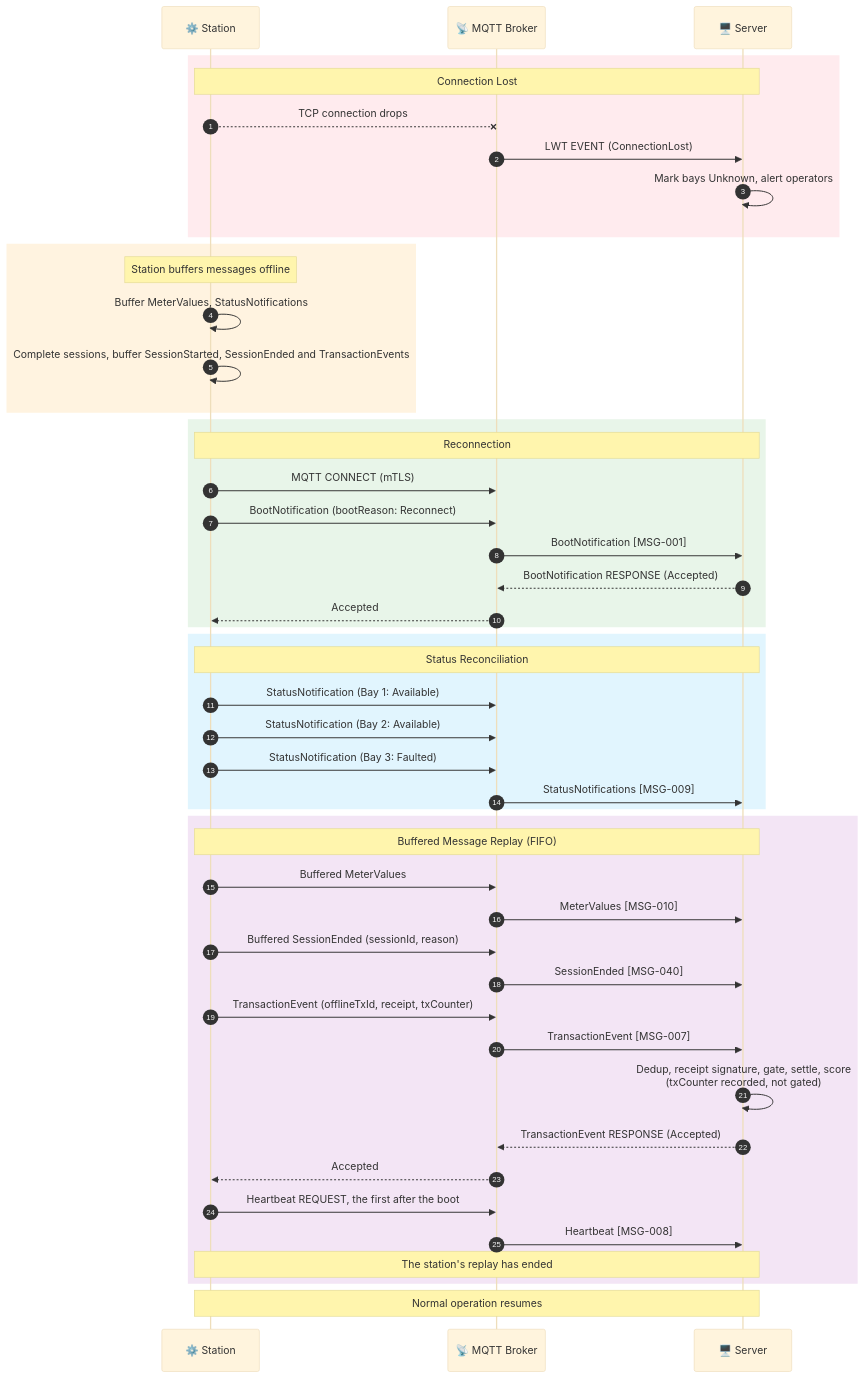
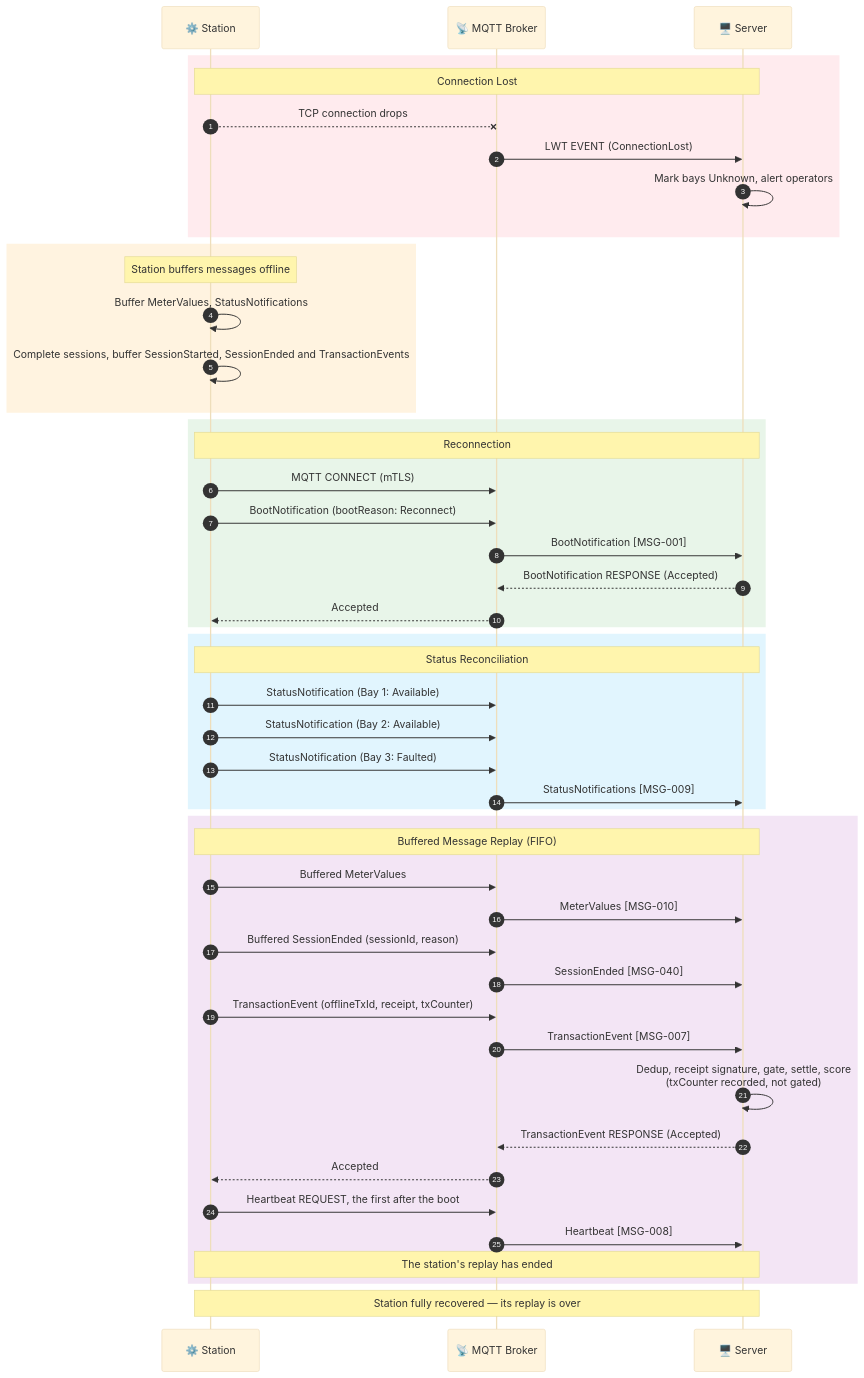
One commit to ospp-org/spec changed the seventh of 7 diagrams in diagrams/README.md. Above: the diagram before and after it, drawn with Mermaid (base theme). The commit also changed 7 other files, not shown here.

First line of the commit message:
spec, guides, diagrams: the review of the replay window and the restart reckoning - the reckoning counts the latest boot that kept the session at which the station restarted, and the consolidated timeout table carries the replay window

````diff
--- a/diagrams/README.md
+++ b/diagrams/README.md
@@ -307,56 +307,56 @@
 ```mermaid
 sequenceDiagram
     autonumber
 
     participant Station as ⚙️ Station
     participant Broker as 📡 MQTT Broker
     participant Server as 🖥️ Server
 
     rect rgb(255, 235, 238)
         Note over Station,Server: Connection Lost
         Station--xBroker: TCP connection drops
         Broker->>Server: LWT EVENT (ConnectionLost)
         Server->>Server: Mark bays Unknown, alert operators
     end
 
     rect rgb(255, 243, 224)
         Note over Station: Station buffers messages offline
         Station->>Station: Buffer MeterValues, StatusNotifications
         Station->>Station: Complete sessions, buffer SessionStarted, SessionEnded and TransactionEvents
     end
 
     rect rgb(232, 245, 233)
         Note over Station,Server: Reconnection
         Station->>Broker: MQTT CONNECT (mTLS)
         Station->>Broker: BootNotification (bootReason: Reconnect)
         Broker->>Server: BootNotification [MSG-001]
         Server-->>Broker: BootNotification RESPONSE (Accepted)
         Broker-->>Station: Accepted
     end
 
     rect rgb(225, 245, 254)
         Note over Station,Server: Status Reconciliation
         Station->>Broker: StatusNotification (Bay 1: Available)
         Station->>Broker: StatusNotification (Bay 2: Available)
         Station->>Broker: StatusNotification (Bay 3: Faulted)
         Broker->>Server: StatusNotifications [MSG-009]
     end
 
     rect rgb(243, 229, 245)
         Note over Station,Server: Buffered Message Replay (FIFO)
         Station->>Broker: Buffered MeterValues
         Broker->>Server: MeterValues [MSG-010]
         Station->>Broker: Buffered SessionEnded (sessionId, reason)
         Broker->>Server: SessionEnded [MSG-040]
         Station->>Broker: TransactionEvent (offlineTxId, receipt, txCounter)
         Broker->>Server: TransactionEvent [MSG-007]
         Server->>Server: Dedup, receipt signature, gate, settle, score<br/>(txCounter recorded, not gated)
         Server-->>Broker: TransactionEvent RESPONSE (Accepted)
         Broker-->>Station: Accepted
         Station->>Broker: Heartbeat REQUEST, the first after the boot
         Broker->>Server: Heartbeat [MSG-008]
         Note over Station,Server: The station's replay has ended
     end
 
-    Note over Station,Server: Normal operation resumes
+    Note over Station,Server: Station fully recovered — its replay is over
 ```
````
